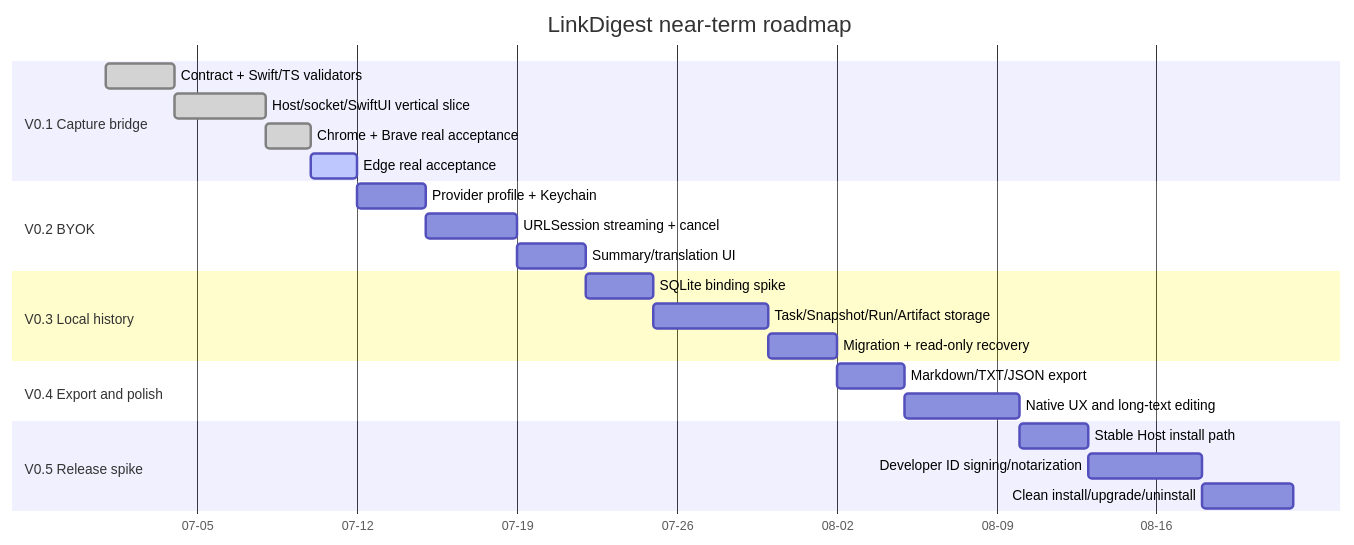
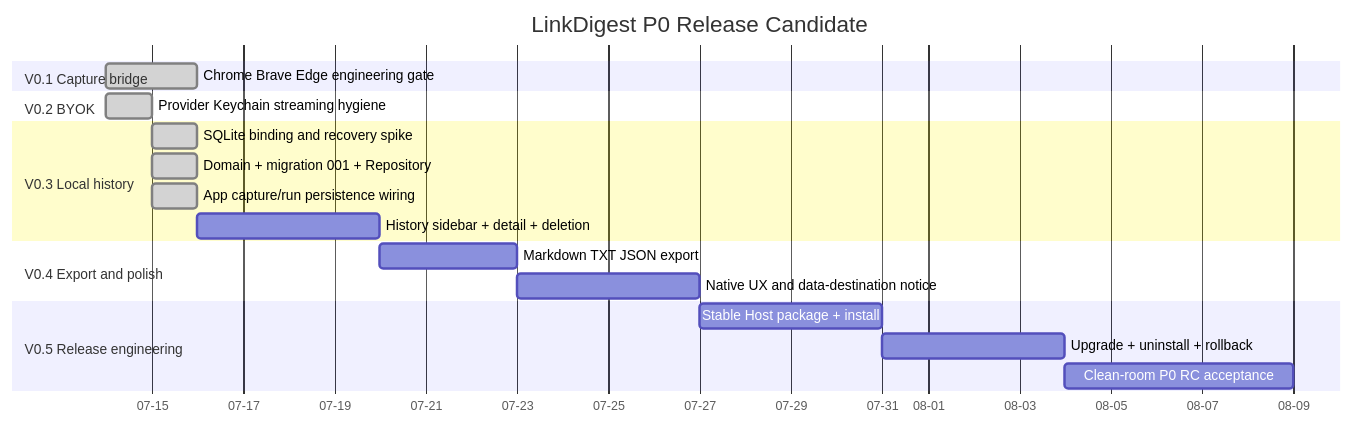
The diagram in brain/roadmap.md (Songxiaor/jizuo), drawn with Mermaid before and after one commit. The commit also changed other lines of this file and 95 other files, not shown here.

````diff
--- a/brain/roadmap.md
+++ b/brain/roadmap.md
@@ -12,26 +12,22 @@
 ```mermaid
 gantt
-  title LinkDigest near-term roadmap
+  title LinkDigest P0 Release Candidate
   dateFormat  YYYY-MM-DD
   axisFormat  %m-%d
   section V0.1 Capture bridge
-  Contract + Swift/TS validators        :done, c1, 2026-07-01, 3d
-  Host/socket/SwiftUI vertical slice    :done, c2, after c1, 4d
-  Chrome + Brave real acceptance        :done, c3, after c2, 2d
-  Edge real acceptance                  :active, c4, after c3, 2d
+  Chrome Brave Edge engineering gate    :done, c1, 2026-07-14, 2d
   section V0.2 BYOK
-  Provider profile + Keychain           :v2a, after c4, 3d
-  URLSession streaming + cancel         :v2b, after v2a, 4d
-  Summary/translation UI                :v2c, after v2b, 3d
+  Provider Keychain streaming hygiene   :done, b1, 2026-07-14, 1d
   section V0.3 Local history
-  SQLite binding spike                  :v3a, after v2c, 3d
-  Task/Snapshot/Run/Artifact storage    :v3b, after v3a, 5d
-  Migration + read-only recovery        :v3c, after v3b, 3d
+  SQLite binding and recovery spike     :done, s1, 2026-07-15, 1d
+  Domain + migration 001 + Repository   :done, s2, 2026-07-15, 1d
+  App capture/run persistence wiring    :done, s3, 2026-07-15, 1d
+  History sidebar + detail + deletion   :s4, after s3, 4d
   section V0.4 Export and polish
-  Markdown/TXT/JSON export              :v4a, after v3c, 3d
-  Native UX and long-text editing       :v4b, after v4a, 5d
-  section V0.5 Release spike
-  Stable Host install path              :v5a, after v4b, 3d
-  Developer ID signing/notarization     :v5b, after v5a, 5d
-  Clean install/upgrade/uninstall       :v5c, after v5b, 4d
+  Markdown TXT JSON export              :e1, after s4, 3d
+  Native UX and data-destination notice :e2, after e1, 4d
+  section V0.5 Release engineering
+  Stable Host package + install         :r1, after e2, 4d
+  Upgrade + uninstall + rollback        :r2, after r1, 4d
+  Clean-room P0 RC acceptance           :r3, after r2, 5d
 ```
````
